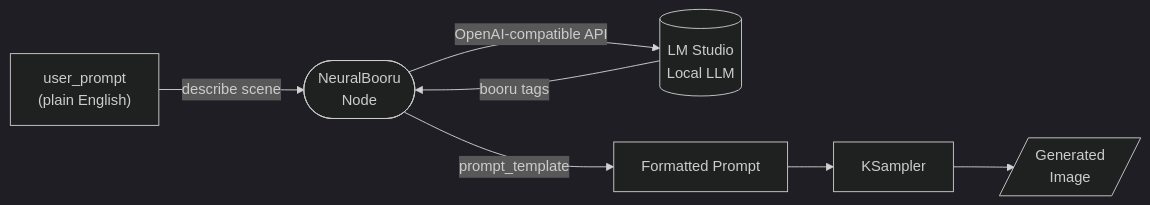
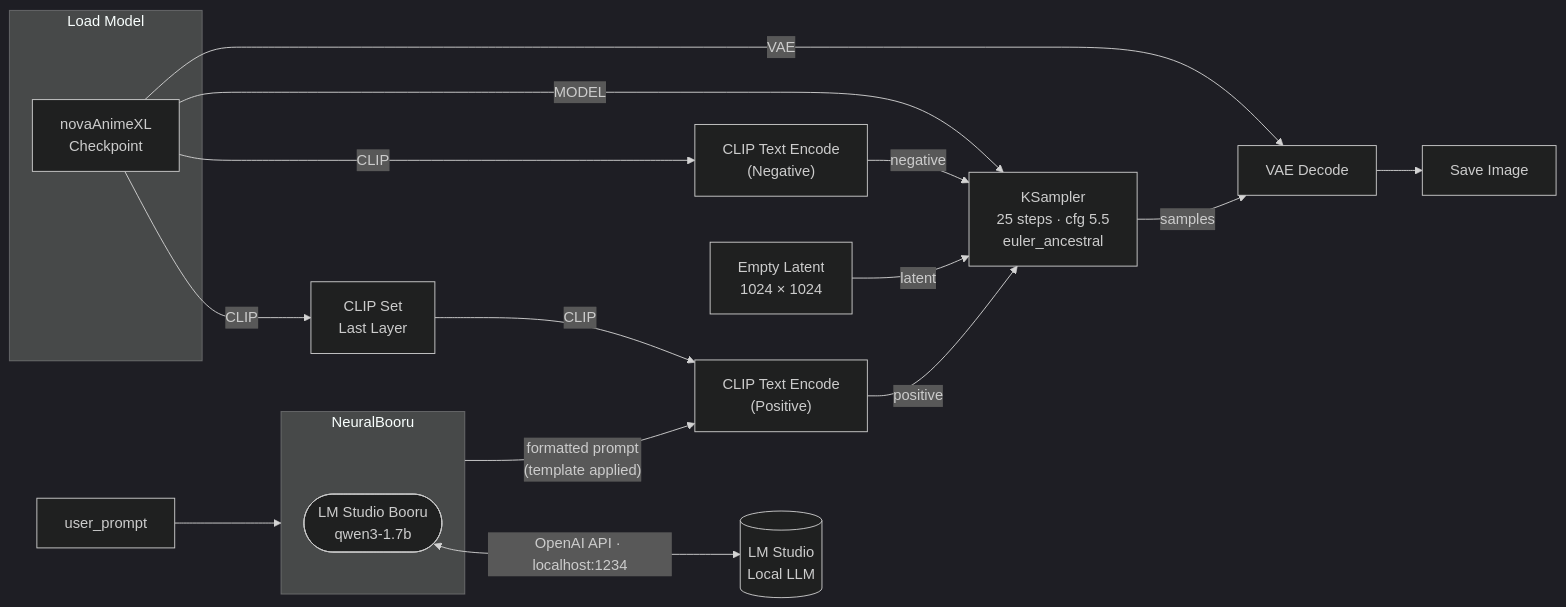
The diagram in README.md (ChrisJohnson89/ComfyUI-NeuralBooru), drawn with Mermaid (dark theme) before and after one commit.

Commit message:
docs: expand Mermaid diagram to show full ComfyUI pipeline

````diff
--- a/README.md
+++ b/README.md
@@ -13,9 +13,27 @@
 ```mermaid
 flowchart LR
-    A["user_prompt\n(plain English)"] -->|describe scene| B(["NeuralBooru\nNode"])
-    B -->|OpenAI-compatible API| C[("LM Studio\nLocal LLM")]
-    C -->|booru tags| B
-    B -->|prompt_template| D["Formatted Prompt"]
-    D --> E["KSampler"]
-    E --> F[/"Generated\nImage"/]
+    UP["user_prompt"] --> NB
+
+    subgraph NB ["NeuralBooru"]
+        LMB(["LM Studio Booru\nqwen3-1.7b"])
+    end
+
+    LMB <-->|"OpenAI API · localhost:1234"| LMS[("LM Studio\nLocal LLM")]
+
+    subgraph LOAD ["Load Model"]
+        CKPT["novaAnimeXL\nCheckpoint"]
+    end
+
+    NB -->|"formatted prompt\n(template applied)"| POS["CLIP Text Encode\n(Positive)"]
+    CKPT -->|CLIP| CLIPS["CLIP Set\nLast Layer"]
+    CLIPS -->|CLIP| POS
+    CKPT -->|CLIP| NEG["CLIP Text Encode\n(Negative)"]
+    CKPT -->|MODEL| KS["KSampler\n25 steps · cfg 5.5\neuler_ancestral"]
+    CKPT -->|VAE| DEC["VAE Decode"]
+
+    POS -->|positive| KS
+    NEG -->|negative| KS
+    LAT["Empty Latent\n1024 × 1024"] -->|latent| KS
+    KS -->|samples| DEC
+    DEC --> SAVE["Save Image"]
 ```
````
